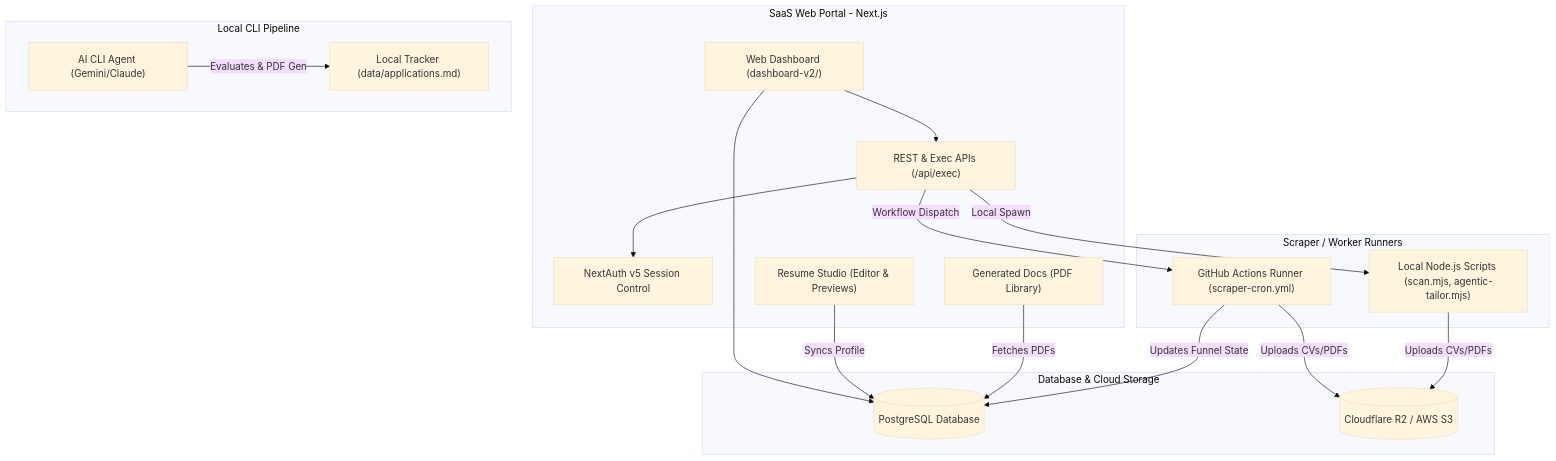
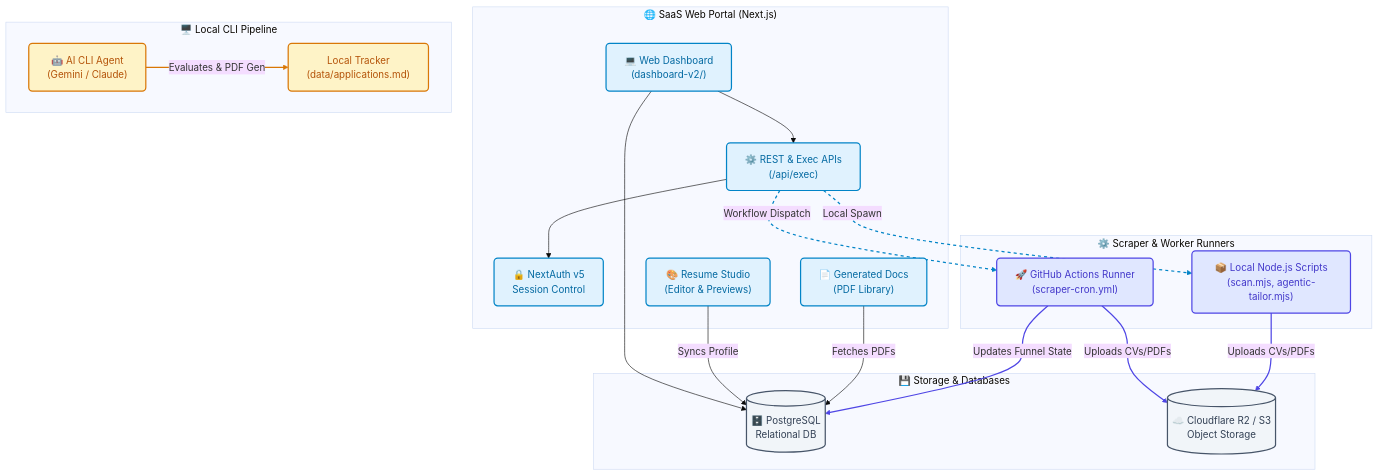
The diagram in README.md (UGilfoyle/career-ops), drawn with Mermaid (base theme) before and after one commit.

Commit message:
docs: improve README.md system architecture Mermaid diagram with modern colors and custom styles

````diff
--- a/README.md
+++ b/README.md
@@ -24,46 +24,60 @@
 ```mermaid
 graph TD
+    %% Define Styles for visual excellence
+    classDef saas fill:#e0f2fe,stroke:#0284c7,stroke-width:2px,color:#0369a1,rx:6px,ry:6px;
+    classDef storage fill:#f1f5f9,stroke:#475569,stroke-width:2px,color:#334155,rx:4px,ry:4px;
+    classDef local fill:#fef3c7,stroke:#d97706,stroke-width:2px,color:#b45309,rx:6px,ry:6px;
+    classDef runner fill:#e0e7ff,stroke:#4f46e5,stroke-width:2px,color:#4338ca,rx:6px,ry:6px;
+    
     %% SaaS Layer
-    subgraph SaaS_Layer [SaaS Web Portal - Next.js]
-        WebDash["Web Dashboard (dashboard-v2/)"]
-        API["REST & Exec APIs (/api/exec)"]
-        Auth["NextAuth v5 Session Control"]
-        ResumeStudio["Resume Studio (Editor & Previews)"]
-        GeneratedDocs["Generated Docs (PDF Library)"]
+    subgraph SaaS_Layer ["🌐 SaaS Web Portal (Next.js)"]
+        WebDash["💻 Web Dashboard<br>(dashboard-v2/)"]:::saas
+        API["⚙️ REST & Exec APIs<br>(/api/exec)"]:::saas
+        Auth["🔒 NextAuth v5<br>Session Control"]:::saas
+        ResumeStudio["🎨 Resume Studio<br>(Editor & Previews)"]:::saas
+        GeneratedDocs["📄 Generated Docs<br>(PDF Library)"]:::saas
     end
 
     %% Storage & Database
-    subgraph Storage [Database & Cloud Storage]
-        DB[(PostgreSQL Database)]
-        R2[(Cloudflare R2 / AWS S3)]
+    subgraph Storage_Layer ["💾 Storage & Databases"]
+        DB[("🗄️ PostgreSQL<br>Relational DB")]:::storage
+        R2[("☁️ Cloudflare R2 / S3<br>Object Storage")]:::storage
     end
 
     %% CLI / Local Layer
-    subgraph Local_Pipeline [Local CLI Pipeline]
-        CLI["AI CLI Agent (Gemini/Claude)"]
-        LocalData["Local Tracker (data/applications.md)"]
+    subgraph Local_Pipeline ["🖥️ Local CLI Pipeline"]
+        CLI["🤖 AI CLI Agent<br>(Gemini / Claude)"]:::local
+        LocalData["Local Tracker<br>(data/applications.md)"]:::local
     end
 
     %% Execution Runner (GitHub Actions / Local)
-    subgraph Runner_Infrastructure [Scraper / Worker Runners]
-        GH_Actions["GitHub Actions Runner (scraper-cron.yml)"]
-        NodeWorker["Local Node.js Scripts (scan.mjs, agentic-tailor.mjs)"]
+    subgraph Runner_Infrastructure ["⚙️ Scraper & Worker Runners"]
+        GH_Actions["🚀 GitHub Actions Runner<br>(scraper-cron.yml)"]:::runner
+        NodeWorker["📦 Local Node.js Scripts<br>(scan.mjs, agentic-tailor.mjs)"]:::runner
     end
 
-    %% Interactions
+    %% SaaS interactions
     WebDash --> API
     API --> Auth
     WebDash --> DB
     API -->|Workflow Dispatch| GH_Actions
     API -->|Local Spawn| NodeWorker
     ResumeStudio -->|Syncs Profile| DB
     GeneratedDocs -->|Fetches PDFs| DB
     
     %% Storage Connections
     GH_Actions -->|Uploads CVs/PDFs| R2
     NodeWorker -->|Uploads CVs/PDFs| R2
     GH_Actions -->|Updates Funnel State| DB
     
     %% Local Interfacing
     CLI -->|Evaluates & PDF Gen| LocalData
+
+    %% Custom link styles
+    linkStyle 3 stroke:#0284c7,stroke-width:2px,stroke-dasharray: 5 5;
+    linkStyle 4 stroke:#0284c7,stroke-width:2px,stroke-dasharray: 5 5;
+    linkStyle 7 stroke:#4f46e5,stroke-width:2px;
+    linkStyle 8 stroke:#4f46e5,stroke-width:2px;
+    linkStyle 9 stroke:#4f46e5,stroke-width:2px;
+    linkStyle 10 stroke:#d97706,stroke-width:2px;
 ```
````
